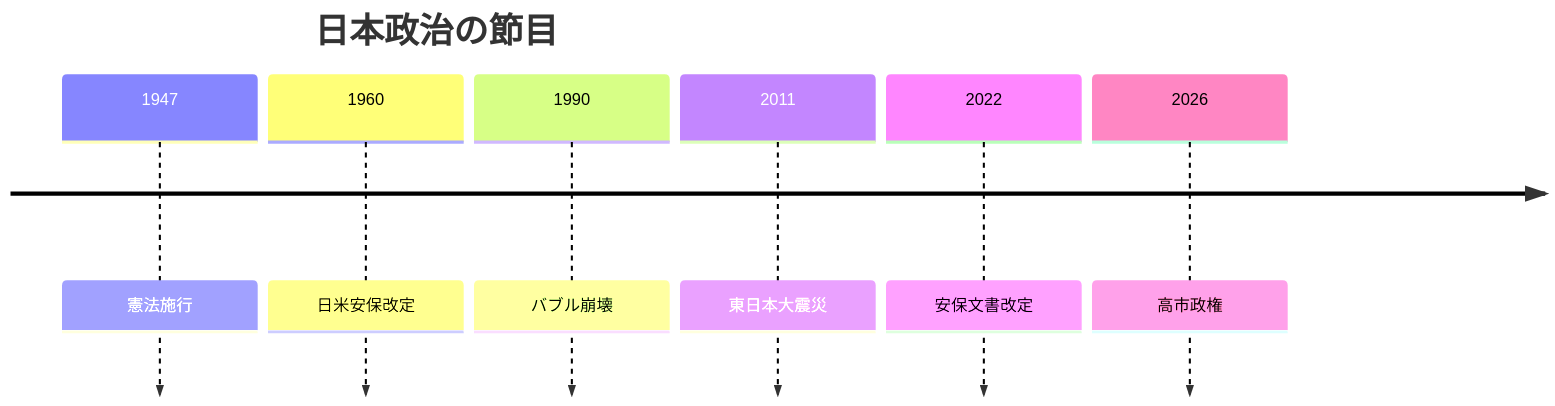
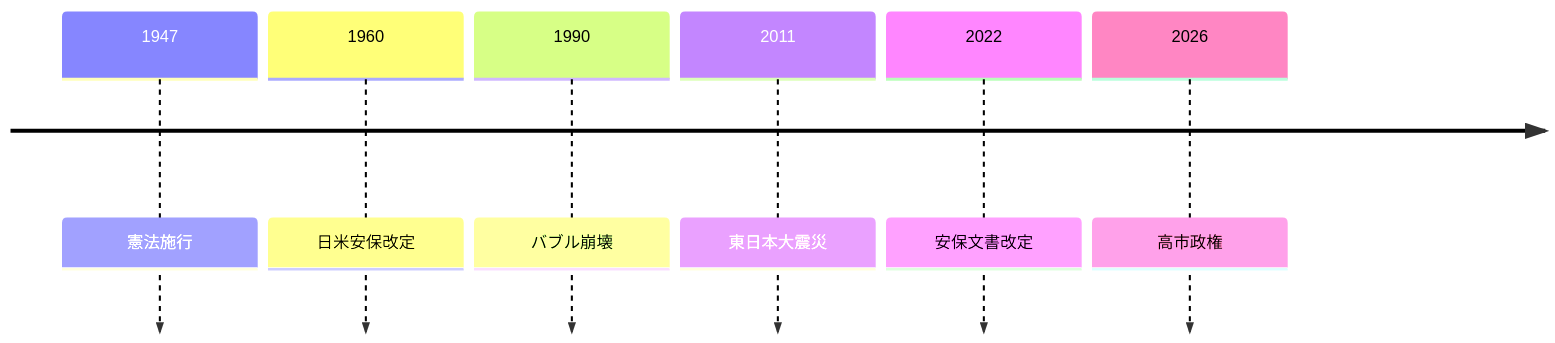
Before and after one commit to daylight55/research: the second of 4 diagrams in articles/report/japan-geopolitical-profile/ja/index.mdx, drawn with Mermaid. The commit also changed other lines of this file and 181 other files, not shown here.

First line of the commit message:
全記事の図解368点を再生成し、共通注意書きを削除 (#402)

````diff
--- a/articles/report/japan-geopolitical-profile/ja/index.mdx
+++ b/articles/report/japan-geopolitical-profile/ja/index.mdx
@@ -44,10 +52,13 @@
 ```mermaid
 timeline
-  title 日本政治の節目
+  accTitle: 日本の制度・経済・安全保障の節目
+  accDescr: 憲法、同盟、バブル崩壊、震災、安全保障政策、政権の変化を年代で並べる。
+  accTitle: 日本の制度・経済・安全保障の節目
+  accDescr: 憲法、同盟、バブル崩壊、震災、安全保障政策、政権の変化を年代で並べる。
   1947 : 憲法施行
   1960 : 日米安保改定
   1990 : バブル崩壊
   2011 : 東日本大震災
   2022 : 安保文書改定
   2026 : 高市政権
 ```
````
